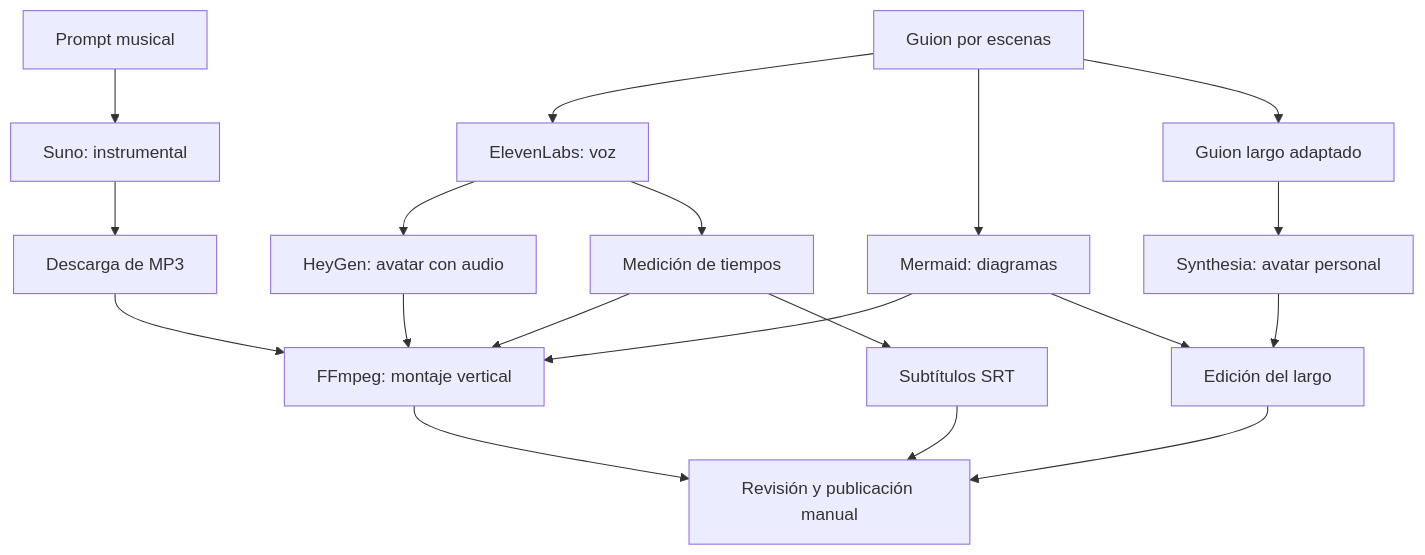
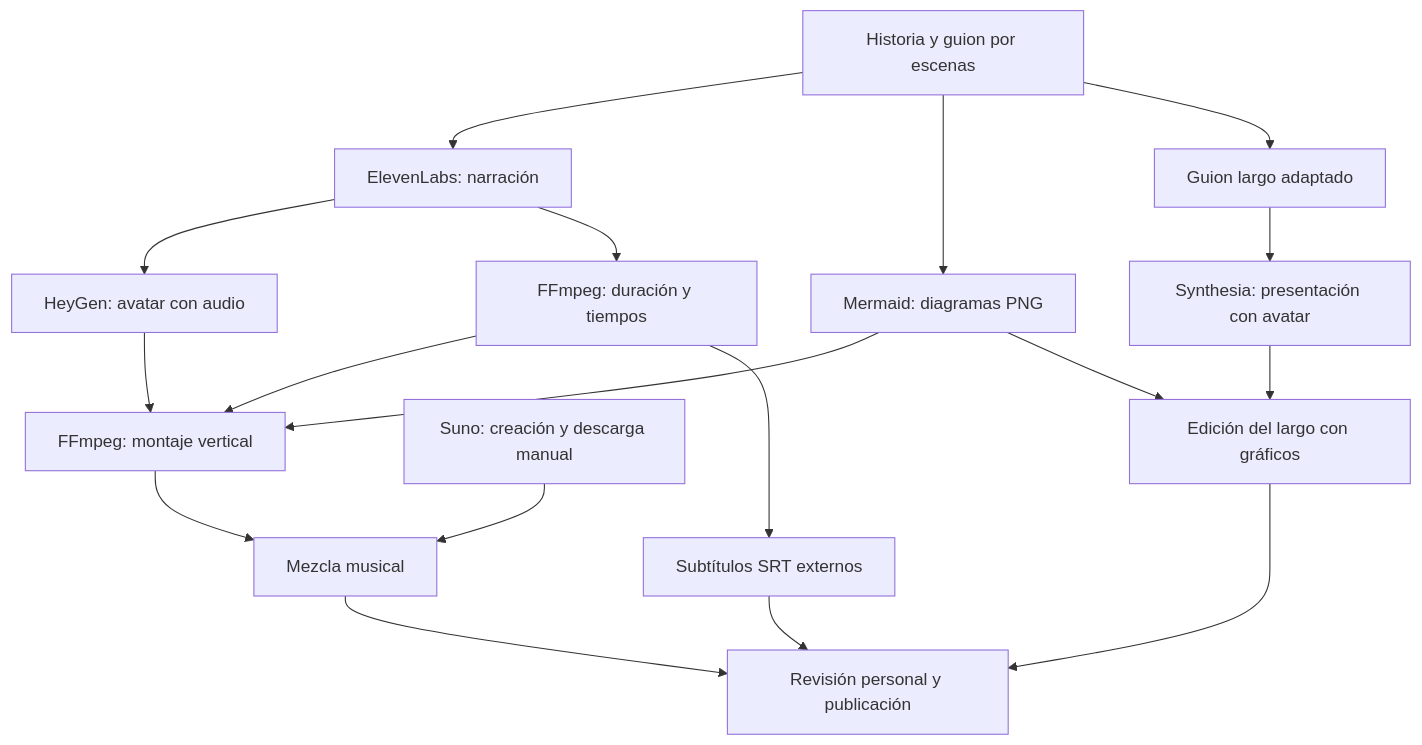
The diagram in README.md (AraceliFradejas/Videos-con-avatares), drawn with Mermaid before and after one commit. The commit also changed other lines of this file, not shown here.

Commit message:
Adapta el README al estilo bilingüe y personal del portfolio

````diff
--- a/README.md
+++ b/README.md
@@ -23,21 +119,20 @@
 ```mermaid
 flowchart TD
- G[Guion por escenas] --> E[ElevenLabs: voz]
- E --> H[HeyGen: avatar con audio]
- G --> M[Mermaid: diagramas]
- E --> T[Medición de tiempos]
- H --> F[FFmpeg: montaje vertical]
- M --> F
- PR[Prompt musical] --> SU[Suno: instrumental]
- SU --> MP[Descarga de MP3]
- MP --> F
- T --> F
- T --> S[Subtítulos SRT]
- G --> Y[Guion largo adaptado]
- Y --> SY[Synthesia: avatar personal]
- SY --> ED[Edición del largo]
- M --> ED
- F --> R[Revisión y publicación manual]
- S --> R
- ED --> R
+ A[Historia y guion por escenas] --> B[ElevenLabs: narración]
+ B --> C[HeyGen: avatar con audio]
+ B --> D[FFmpeg: duración y tiempos]
+ A --> E[Mermaid: diagramas PNG]
+ C --> F[FFmpeg: montaje vertical]
+ D --> F
+ E --> F
+ G[Suno: creación y descarga manual] --> H[Mezcla musical]
+ F --> H
+ D --> I[Subtítulos SRT externos]
+ H --> J[Revisión personal y publicación]
+ I --> J
+ A --> K[Guion largo adaptado]
+ K --> L[Synthesia: presentación con avatar]
+ L --> M[Edición del largo con gráficos]
+ E --> M
+ M --> J
 ```
````
